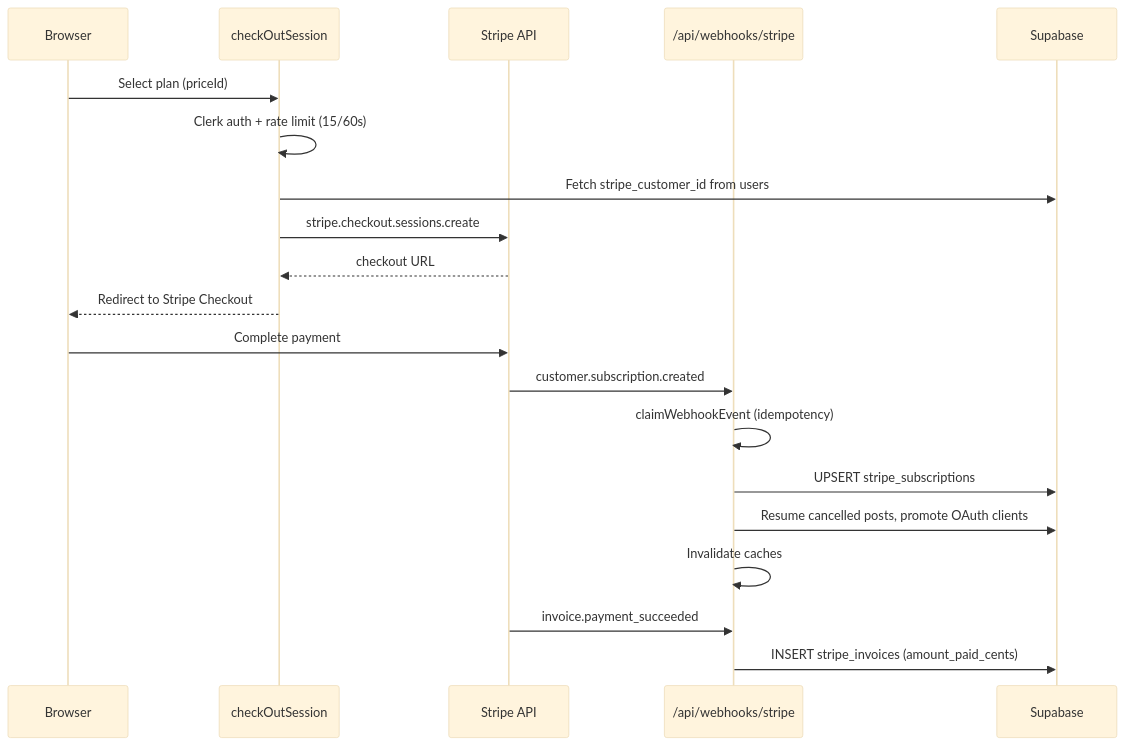
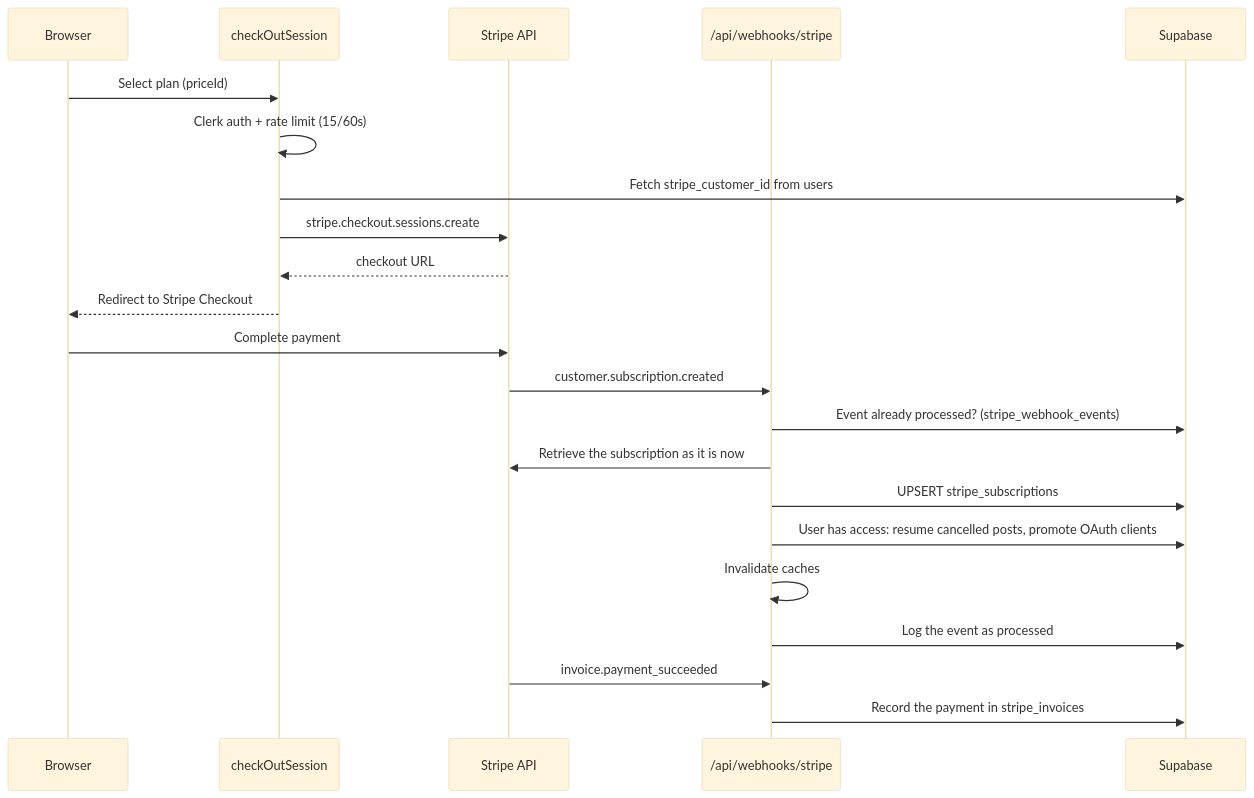
The first of 2 diagrams in docs/BILLING.md (Andy00L/sharetopus), drawn with Mermaid (base theme) before and after one commit. The commit also changed other lines of this file and 8 other files, not shown here.

First line of the commit message:
fix(stripe): log webhook events after processing, store current subscription state

````diff
--- a/docs/BILLING.md
+++ b/docs/BILLING.md
@@ -42,23 +42,25 @@
 ```mermaid
 sequenceDiagram
     participant User as Browser
     participant Action as checkOutSession
     participant Stripe as Stripe API
     participant Webhook as /api/webhooks/stripe
     participant DB as Supabase
 
     User->>Action: Select plan (priceId)
     Action->>Action: Clerk auth + rate limit (15/60s)
     Action->>DB: Fetch stripe_customer_id from users
     Action->>Stripe: stripe.checkout.sessions.create
     Stripe-->>Action: checkout URL
     Action-->>User: Redirect to Stripe Checkout
     User->>Stripe: Complete payment
     Stripe->>Webhook: customer.subscription.created
-    Webhook->>Webhook: claimWebhookEvent (idempotency)
+    Webhook->>DB: Event already processed? (stripe_webhook_events)
+    Webhook->>Stripe: Retrieve the subscription as it is now
     Webhook->>DB: UPSERT stripe_subscriptions
-    Webhook->>DB: Resume cancelled posts, promote OAuth clients
+    Webhook->>DB: User has access: resume cancelled posts, promote OAuth clients
     Webhook->>Webhook: Invalidate caches
+    Webhook->>DB: Log the event as processed
     Stripe->>Webhook: invoice.payment_succeeded
-    Webhook->>DB: INSERT stripe_invoices (amount_paid_cents)
+    Webhook->>DB: Record the payment in stripe_invoices
 ```
````
